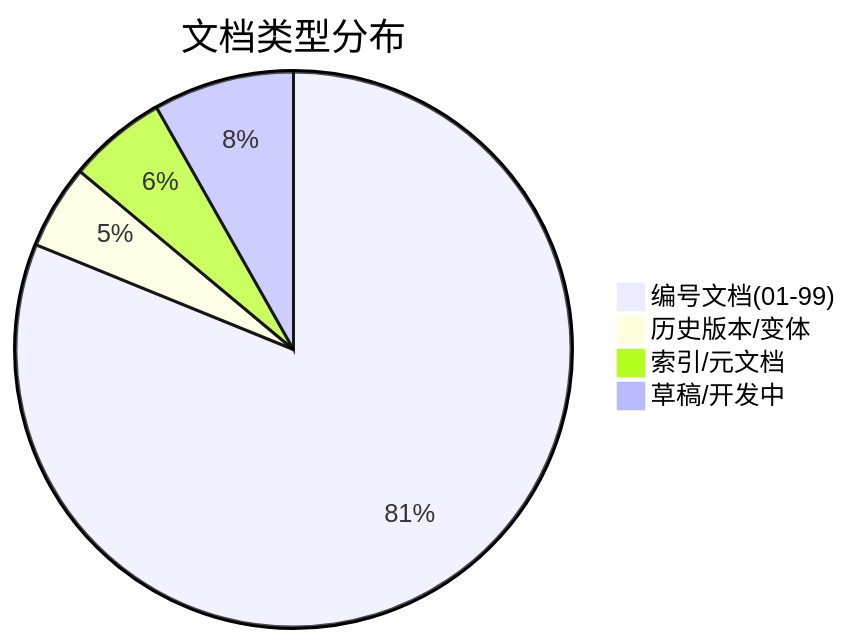
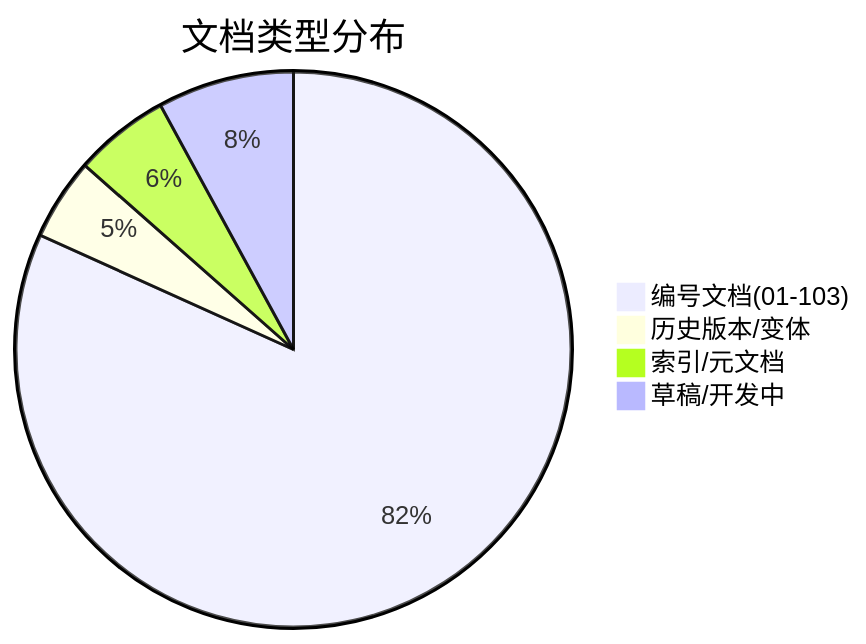
The first of 5 diagrams in framework/STATISTICS.md (yimeng2026/TOE-SYLVA), drawn with Mermaid before and after one commit. The commit also changed other lines of this file and 6 other files, not shown here.

````diff
--- a/framework/STATISTICS.md
+++ b/framework/STATISTICS.md
@@ -18,7 +19,7 @@
 ```mermaid
 pie title 文档类型分布
-    "编号文档(01-99)" : 99
+    "编号文档(01-103)" : 103
     "历史版本/变体" : 6
     "索引/元文档" : 7
     "草稿/开发中" : 10
 ```
````
